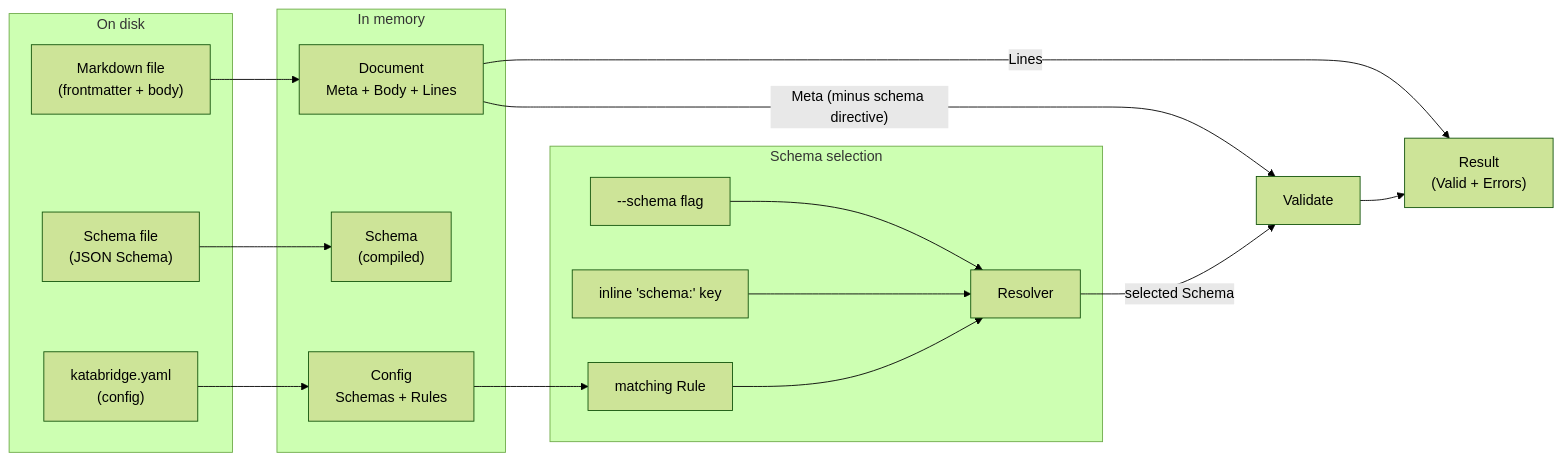
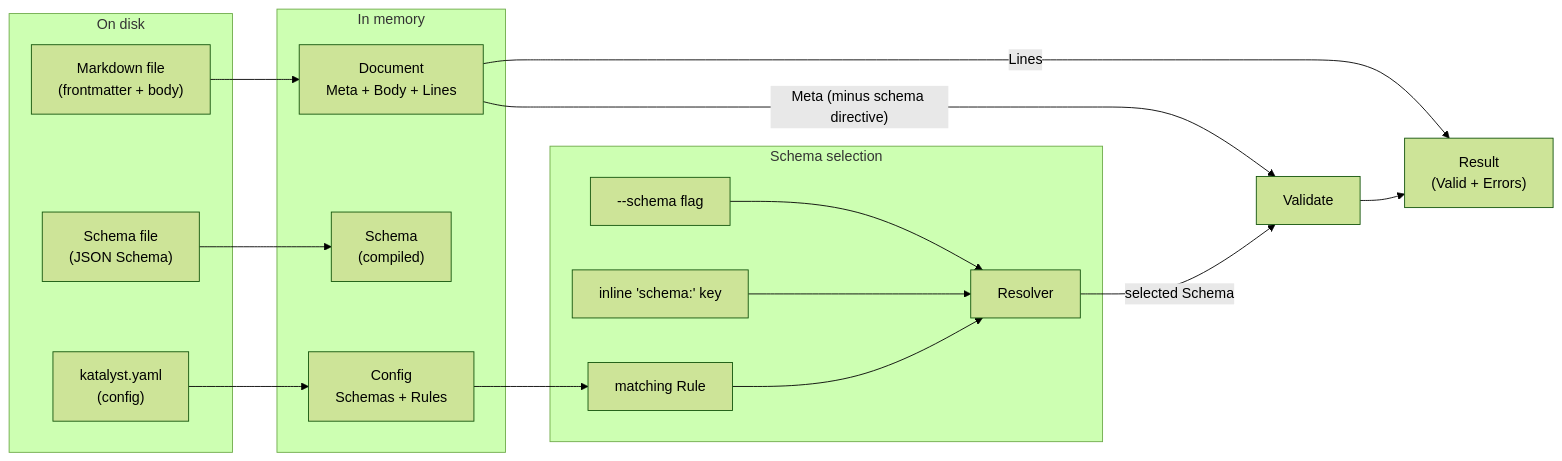
Before and after one commit to abegong/katalyst: the diagram in product/domain-model.md, drawn with Mermaid (forest theme). The commit also changed other lines of this file and 29 other files, not shown here.

First line of the commit message:
Rename katabridge project references to katalyst

````diff
--- a/product/domain-model.md
+++ b/product/domain-model.md
@@ -12,35 +12,35 @@
 ```mermaid
 flowchart LR
     subgraph Disk["On disk"]
         MD["Markdown file<br/>(frontmatter + body)"]
         SF["Schema file<br/>(JSON Schema)"]
-        CF["katabridge.yaml<br/>(config)"]
+        CF["katalyst.yaml<br/>(config)"]
     end
 
     subgraph Parsed["In memory"]
         DOC["Document<br/>Meta + Body + Lines"]
         SCH["Schema<br/>(compiled)"]
         CFG["Config<br/>Schemas + Rules"]
     end
 
     subgraph Decide["Schema selection"]
         FLAG["--schema flag"]
         INLINE["inline 'schema:' key"]
         RULE["matching Rule"]
         RES["Resolver"]
     end
 
     MD --> DOC
     SF --> SCH
     CF --> CFG
 
     FLAG --> RES
     INLINE --> RES
     RULE --> RES
     CFG --> RULE
 
     DOC -- "Meta (minus schema directive)" --> VAL["Validate"]
     RES -- "selected Schema" --> VAL
     VAL --> RESULT["Result<br/>(Valid + Errors)"]
     DOC -- "Lines" --> RESULT
 ```
````
